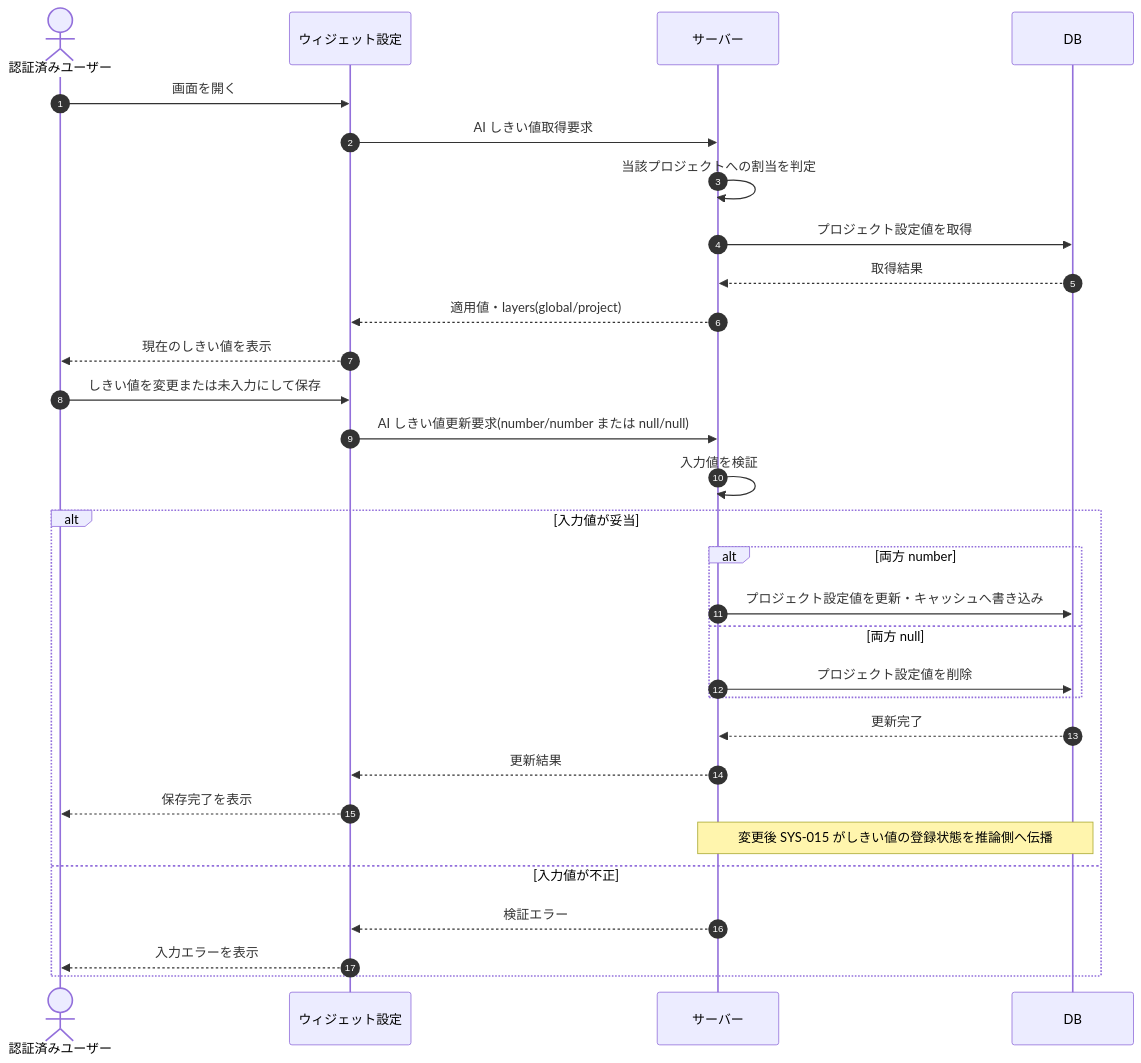
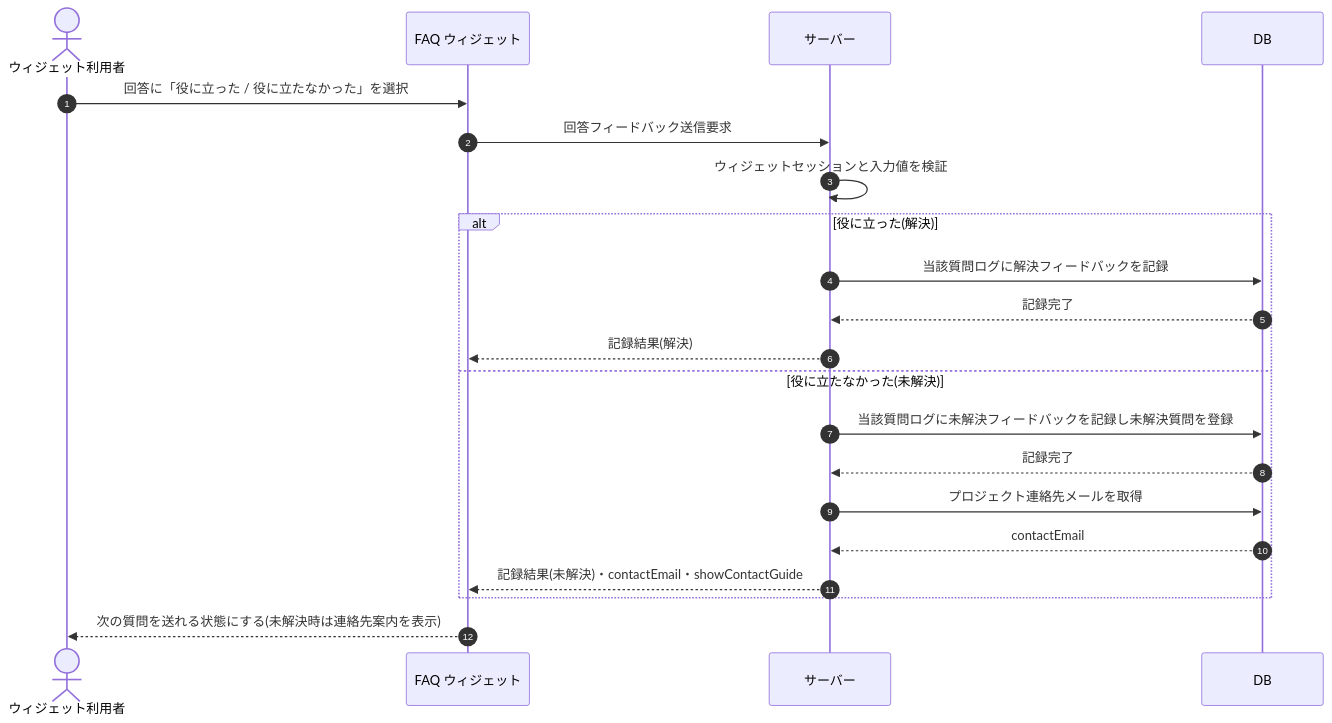
One commit to sikakou54/open-faq changed the diagram in 02_basic_design/03_sequences/SEQ-122.md. Above: the diagram before and after it, drawn with Mermaid. The commit also changed other lines of this file and 55 other files, not shown here.

````diff
--- a/02_basic_design/03_sequences/SEQ-122.md
+++ b/02_basic_design/03_sequences/SEQ-122.md
@@ -15,32 +15,23 @@
 ```mermaid
 sequenceDiagram
   autonumber
-  actor U as 認証済みユーザー
-  participant Screen as ウィジェット設定
+  actor U as ウィジェット利用者
+  participant Screen as FAQ ウィジェット
   participant Server as サーバー
   participant DB as DB
-  U->>Screen: 画面を開く
-  Screen->>Server: AI しきい値取得要求
-  Server->>Server: 当該プロジェクトへの割当を判定
-  Server->>DB: プロジェクト設定値を取得
-  DB-->>Server: 取得結果
-  Server-->>Screen: 適用値・layers(global/project)
-  Screen-->>U: 現在のしきい値を表示
-  U->>Screen: しきい値を変更または未入力にして保存
-  Screen->>Server: AI しきい値更新要求(number/number または null/null)
-  Server->>Server: 入力値を検証
-  alt 入力値が妥当
-    alt 両方 number
-      Server->>DB: プロジェクト設定値を更新・キャッシュへ書き込み
-    else 両方 null
-      Server->>DB: プロジェクト設定値を削除
-    end
-    DB-->>Server: 更新完了
-    Server-->>Screen: 更新結果
-    Screen-->>U: 保存完了を表示
-    Note over Server,DB: 変更後 SYS-015 がしきい値の登録状態を推論側へ伝播
-  else 入力値が不正
-    Server-->>Screen: 検証エラー
-    Screen-->>U: 入力エラーを表示
+  U->>Screen: 回答に「役に立った / 役に立たなかった」を選択
+  Screen->>Server: 回答フィードバック送信要求
+  Server->>Server: ウィジェットセッションと入力値を検証
+  alt 役に立った(解決)
+    Server->>DB: 当該質問ログに解決フィードバックを記録
+    DB-->>Server: 記録完了
+    Server-->>Screen: 記録結果(解決)
+  else 役に立たなかった(未解決)
+    Server->>DB: 当該質問ログに未解決フィードバックを記録し未解決質問を登録
+    DB-->>Server: 記録完了
+    Server->>DB: プロジェクト連絡先メールを取得
+    DB-->>Server: contactEmail
+    Server-->>Screen: 記録結果(未解決)・contactEmail・showContactGuide
   end
+  Screen-->>U: 次の質問を送れる状態にする(未解決時は連絡先案内を表示)
 ```
````
